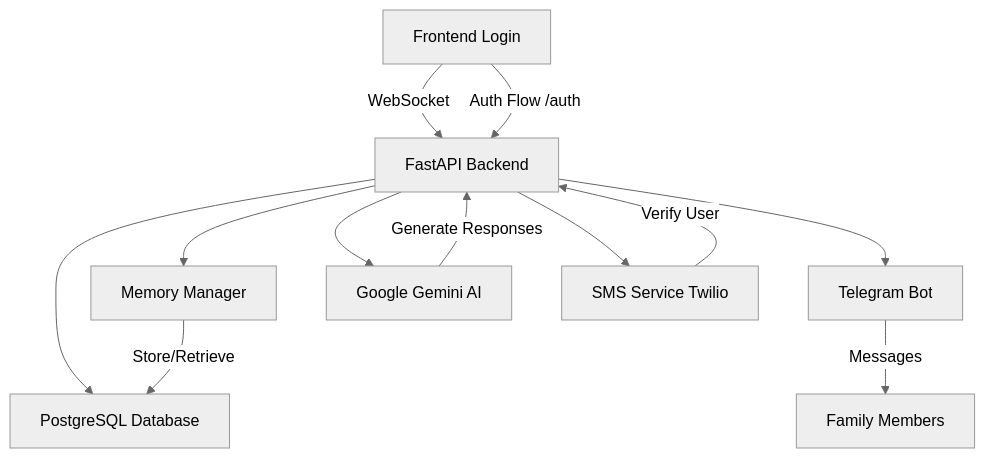
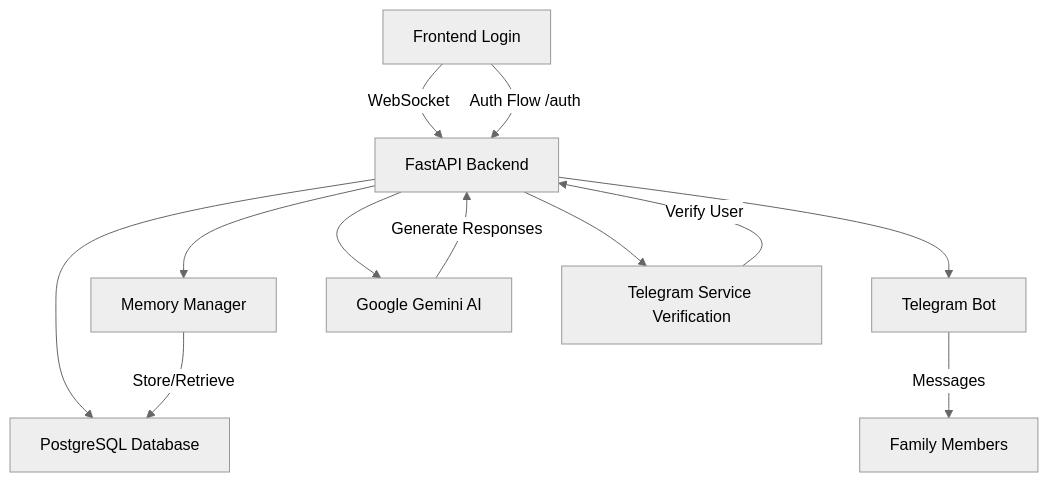
Before and after one commit to ogarmar/Compa: the first of 2 diagrams in Readme.md, drawn with Mermaid (neutral theme). The commit also changed other lines of this file, not shown here.

````diff
--- a/Readme.md
+++ b/Readme.md
@@ -41,14 +41,14 @@
 ```mermaid
 graph TD
     A[Frontend Login] -->|WebSocket| B[FastAPI Backend]
     A -->|Auth Flow /auth| B
     B --> C[Memory Manager]
     B --> D[Telegram Bot]
     B --> E[Google Gemini AI]
     B --> F[PostgreSQL Database]
-    B --> G[SMS Service Twilio]
+    B --> G[Telegram Service Verification]
     D -->|Messages| H[Family Members]
     C -->|Store/Retrieve| F
     E -->|Generate Responses| B
     G -->|Verify User| B
 ```
````
